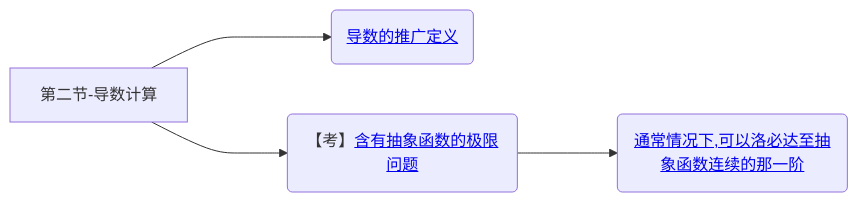
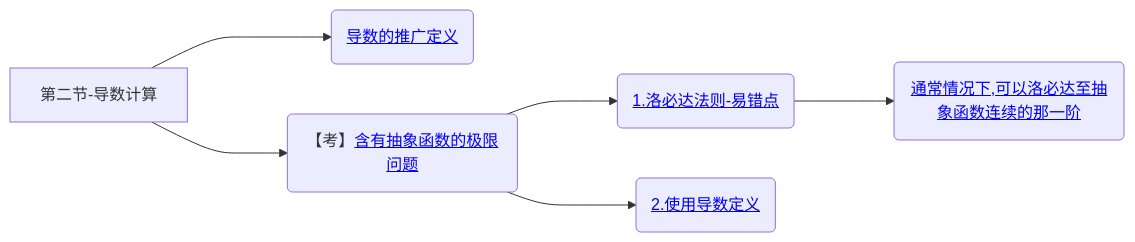
One commit to yuebinghui/note changed diagram 12 of 12 in 笔记/数学/周洋鑫/01.基础班思维导图.md. Above: the diagram before and after it, drawn with Mermaid. The commit also changed 12 other files, not shown here.

````diff
--- a/笔记/数学/周洋鑫/01.基础班思维导图.md
+++ b/笔记/数学/周洋鑫/01.基础班思维导图.md
@@ -445,10 +445,13 @@
 ```mermaid
 graph LR
 第二节-导数计算
 
 第二节-导数计算--->导数的推广定义(<a href="/Users/yuebinghui/Documents/program/github/note/笔记/数学/周洋鑫/基础班/12.导数计算_1.md#导数的推广定义">导数的推广定义</>)
 
 第二节-导数计算--->含有抽象函数的极限问题(【考】<a href="/Users/yuebinghui/Documents/program/github/note/笔记/数学/周洋鑫/基础班/12.导数计算_1.md#含有抽象函数的极限问题">含有抽象函数的极限问题</>)
 
-含有抽象函数的极限问题--->通常情况下,可以洛必达至抽象函数连续的那一阶(<a href="/Users/yuebinghui/Documents/program/github/note/笔记/数学/周洋鑫/基础班/12.导数计算_1.md#通常情况下,可以洛必达至抽象函数连续的那一阶">通常情况下,可以洛必达至抽象函数连续的那一阶</>)
+含有抽象函数的极限问题--->1.洛必达法则-易错点(<a href="/Users/yuebinghui/Documents/program/github/note/笔记/数学/周洋鑫/基础班/12.导数计算_1.md#1.洛必达法则-易错点">1.洛必达法则-易错点</>)
+1.洛必达法则-易错点--->通常情况下,可以洛必达至抽象函数连续的那一阶(<a href="/Users/yuebinghui/Documents/program/github/note/笔记/数学/周洋鑫/基础班/12.导数计算_1.md#通常情况下,可以洛必达至抽象函数连续的那一阶">通常情况下,可以洛必达至抽象函数连续的那一阶</>)
+
+含有抽象函数的极限问题--->2.使用导数定义(<a href="/Users/yuebinghui/Documents/program/github/note/笔记/数学/周洋鑫/基础班/12.导数计算_1.md#2.使用导数定义">2.使用导数定义</>)
 ```
````
